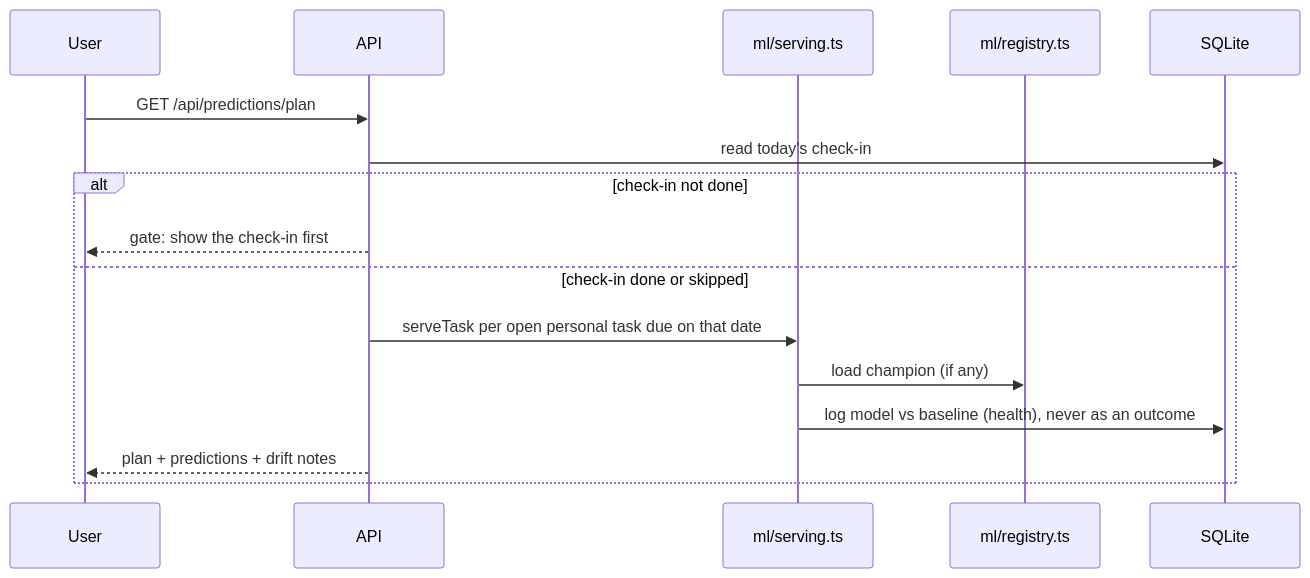
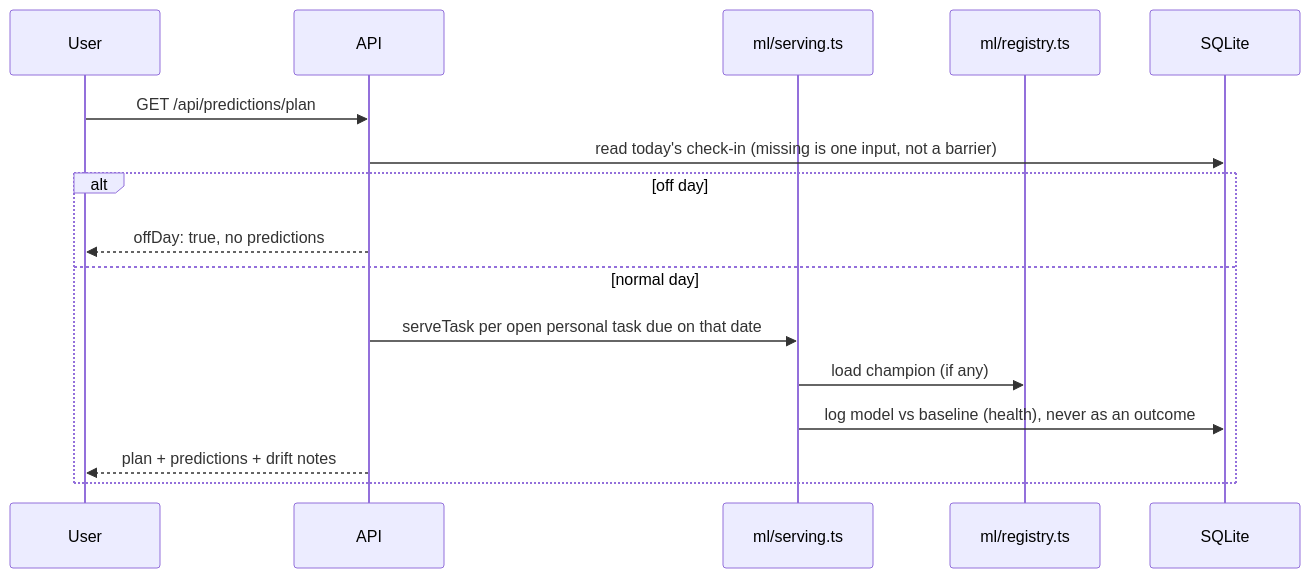
Before and after one commit to akashjatwala/To-Do-List: the fourth of 4 diagrams in docs/architecture.md, drawn with Mermaid. The commit also changed other lines of this file and 44 other files, not shown here.

````diff
--- a/docs/architecture.md
+++ b/docs/architecture.md
@@ -84,18 +89,18 @@
 ```mermaid
 sequenceDiagram
   participant U as User
   participant A as API
   participant S as ml/serving.ts
   participant R as ml/registry.ts
   participant D as SQLite
   U->>A: GET /api/predictions/plan
-  A->>D: read today's check-in
-  alt check-in not done
-    A-->>U: gate: show the check-in first
-  else check-in done or skipped
+  A->>D: read today's check-in (missing is one input, not a barrier)
+  alt off day
+    A-->>U: offDay: true, no predictions
+  else normal day
     A->>S: serveTask per open personal task due on that date
     S->>R: load champion (if any)
     S->>D: log model vs baseline (health), never as an outcome
     A-->>U: plan + predictions + drift notes
   end
 ```
````
